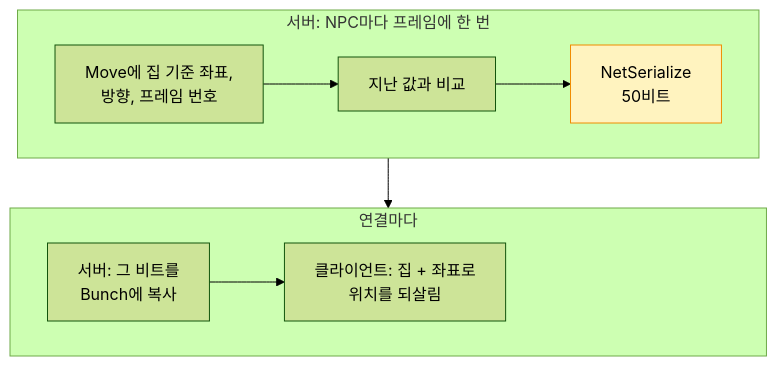
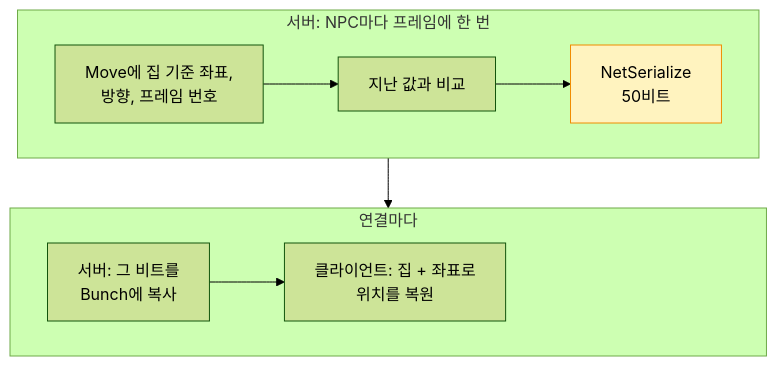
The first of 2 diagrams in Posts/12-npc-move-netserialize/README.md (hon454/ue-dedicated-server-optimization-lab), drawn with Mermaid (forest theme) before and after one commit. The commit also changed 11 other files, not shown here.

````diff
--- a/Posts/12-npc-move-netserialize/README.md
+++ b/Posts/12-npc-move-netserialize/README.md
@@ -49,17 +49,17 @@
 ```mermaid
 flowchart TB
     subgraph Server["서버: NPC마다 프레임에 한 번"]
         direction LR
         A["Move에 집 기준 좌표,<br/>방향, 프레임 번호"] --> B["지난 값과 비교"] --> C["NetSerialize<br/>50비트"]
     end
     subgraph Client["연결마다"]
         direction LR
-        D["서버: 그 비트를<br/>Bunch에 복사"] --> E["클라이언트: 집 + 좌표로<br/>위치를 되살림"]
+        D["서버: 그 비트를<br/>Bunch에 복사"] --> E["클라이언트: 집 + 좌표로<br/>위치를 복원"]
         E ~~~ Pad["여백여백여백"]
     end
     Server --> Client
     classDef cut fill:#fff3bf,stroke:#f08c00,color:#000
     class C cut
     classDef pad fill:none,stroke:none,color:transparent
     class Pad pad
 ```
````
